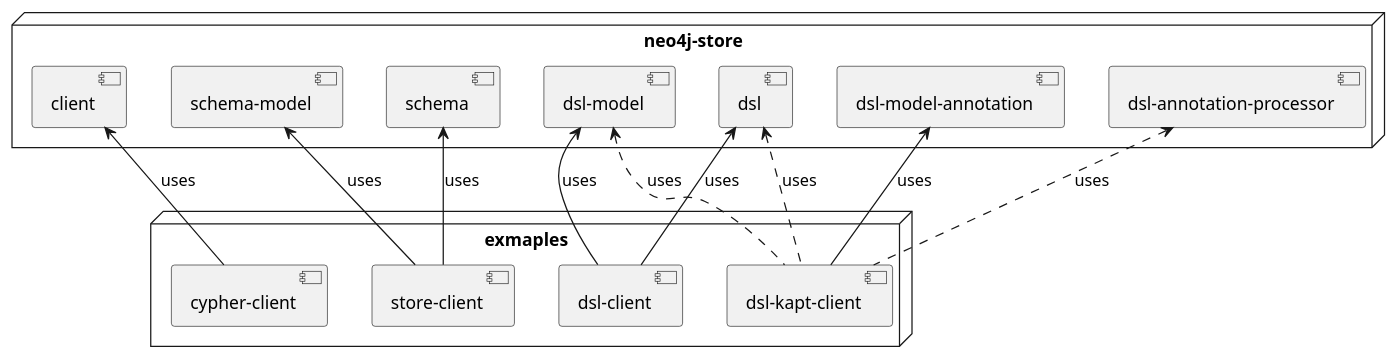
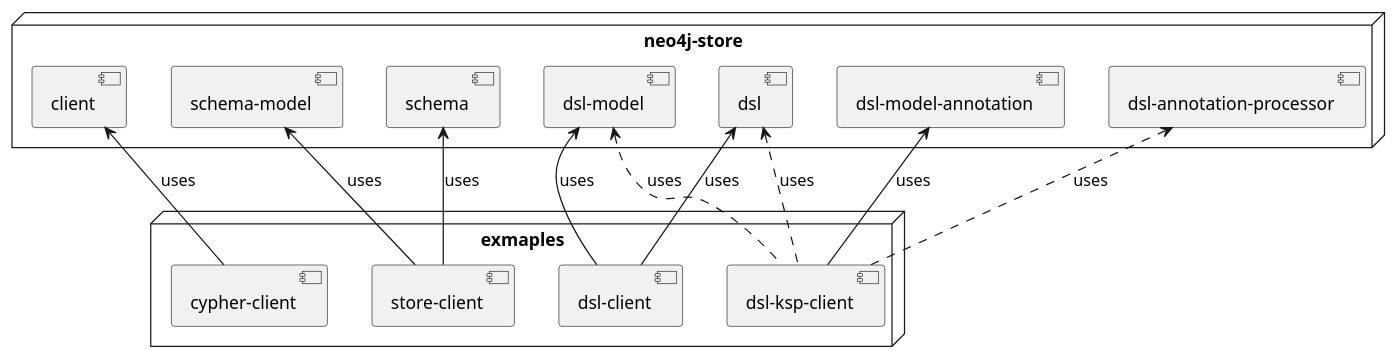
Before and after one commit to vihangpatil/neo4j-store: the diagram in examples/dependency.plantuml, drawn with PlantUML. The commit also changed 21 other files, not shown here.

Commit message:
Migrated from kapt, which is in maintenance mode, to Kotlin Symbol Porcessing (KSP)

```diff
--- a/examples/dependency.plantuml
+++ b/examples/dependency.plantuml
@@ -1,33 +1,33 @@
 @startuml
 
 node neo4j-store {
     [client]
     [schema-model]
     [schema]
     [dsl-model]
     [dsl]
     [dsl-model-annotation]
     [dsl-annotation-processor]
 }
 
 node exmaples {
     [cypher-client]
     [store-client]
-    [dsl-kapt-client]
+    [dsl-ksp-client]
     [dsl-client]
 }
 
 [client] <-- [cypher-client] : uses
 
 [schema] <-- [store-client] : uses
 [schema-model] <-- [store-client] : uses
 
 [dsl] <-- [dsl-client] : uses
 [dsl-model] <-- [dsl-client] : uses
 
-[dsl-model-annotation] <-- [dsl-kapt-client] : uses
-[dsl-annotation-processor] <.. [dsl-kapt-client] : uses
-[dsl] <.. [dsl-kapt-client] : uses
-[dsl-model] <.. [dsl-kapt-client] : uses
+[dsl-model-annotation] <-- [dsl-ksp-client] : uses
+[dsl-annotation-processor] <.. [dsl-ksp-client] : uses
+[dsl] <.. [dsl-ksp-client] : uses
+[dsl-model] <.. [dsl-ksp-client] : uses
 
 @enduml
```
